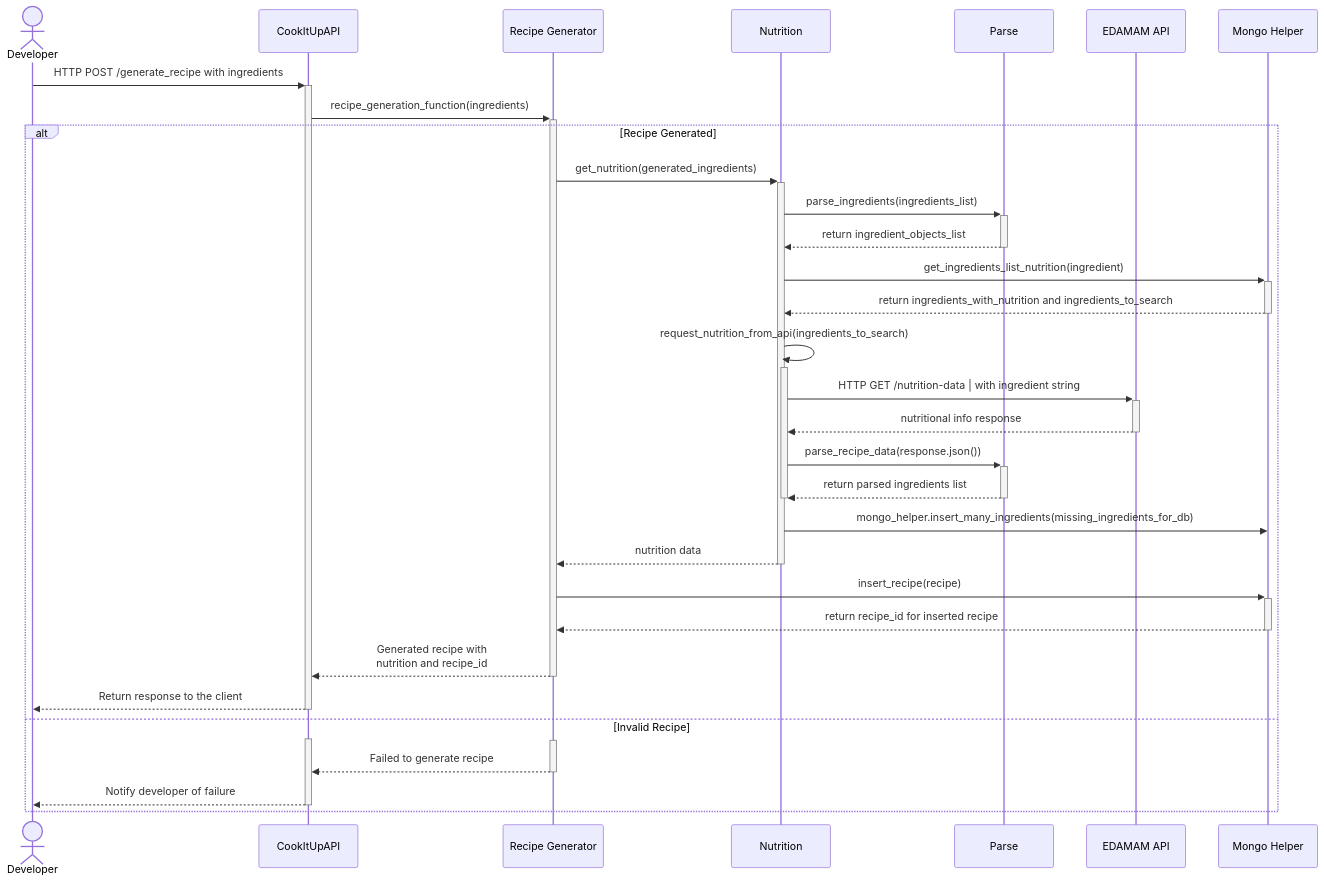
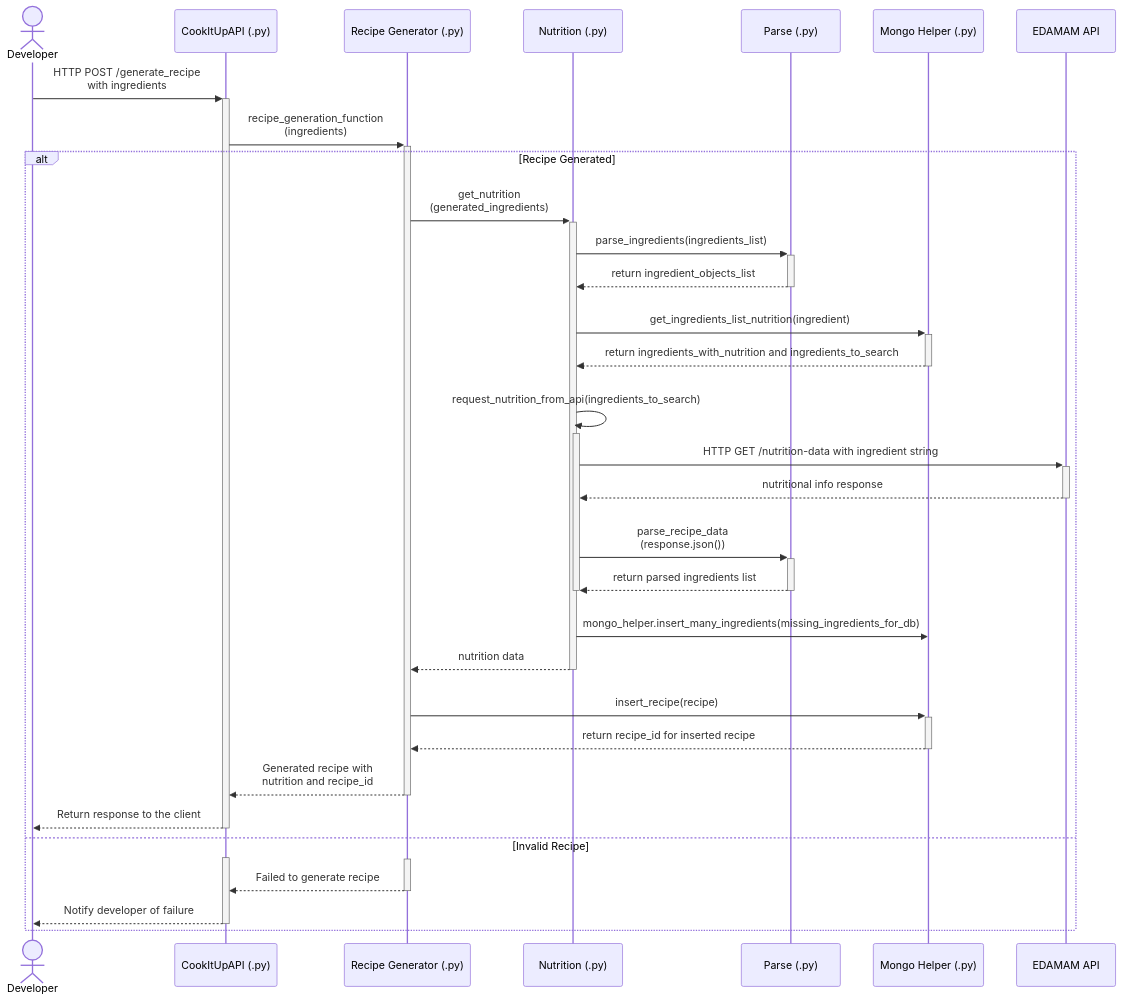
The diagram in diagrams/sequence_recipe_gen.mmd (Suraj-09/CookItUpAPI), drawn with Mermaid before and after one commit. The commit also changed 5 other files, not shown here.

```diff
--- a/diagrams/sequence_recipe_gen.mmd
+++ b/diagrams/sequence_recipe_gen.mmd
@@ -1,43 +1,43 @@
 sequenceDiagram
     actor dev as Developer
-    participant api as CookItUpAPI
-    participant recipe_gen as Recipe Generator
-    participant nutrition as Nutrition
-    participant extract as Parse
+    participant api as CookItUpAPI (.py)
+    participant recipe_gen as Recipe Generator (.py)
+    participant nutrition as Nutrition (.py)
+    participant extract as Parse (.py)
+    participant mongo_helper as Mongo Helper (.py)
     participant edamam as EDAMAM API
-    
-    participant mongo_helper as Mongo Helper
 
-    dev->>+api: HTTP POST /generate_recipe with ingredients
-    api->>+recipe_gen: recipe_generation_function(ingredients)
+
+    dev->>+api: HTTP POST /generate_recipe <br> with ingredients
+    api->>+recipe_gen: recipe_generation_function<br>(ingredients)
     alt Recipe Generated
-        recipe_gen->>+nutrition: get_nutrition(generated_ingredients)
+        recipe_gen->>+nutrition: get_nutrition<br>(generated_ingredients)
         
         nutrition->>+extract: parse_ingredients(ingredients_list)
         extract-->>-nutrition: return ingredient_objects_list
         
-        nutrition->>+mongo_helper: get_ingredients_list_nutrition(ingredient)
+        nutrition->>+mongo_helper: <br>get_ingredients_list_nutrition(ingredient)
         mongo_helper-->>-nutrition: return ingredients_with_nutrition and ingredients_to_search
         
-        nutrition->>nutrition: request_nutrition_from_api(ingredients_to_search)
+        nutrition->>nutrition: <br>request_nutrition_from_api(ingredients_to_search)
         activate nutrition
-        nutrition->>+edamam: HTTP GET /nutrition-data | with ingredient string
+        nutrition->>+edamam: HTTP GET /nutrition-data with ingredient string
         edamam-->>-nutrition: nutritional info response
-        nutrition->>+extract: parse_recipe_data(response.json())
+        nutrition->>+extract: <br>parse_recipe_data<br>(response.json())
         extract-->>-nutrition: return parsed ingredients list
         deactivate nutrition
 
-        nutrition->>mongo_helper: mongo_helper.insert_many_ingredients(missing_ingredients_for_db)
+        nutrition->>mongo_helper: <br>mongo_helper.insert_many_ingredients(missing_ingredients_for_db)
         nutrition-->>-recipe_gen: nutrition data
-        recipe_gen->>+mongo_helper: insert_recipe(recipe)
+        recipe_gen->>+mongo_helper: <br>insert_recipe(recipe)
         mongo_helper-->>-recipe_gen: return recipe_id for inserted recipe
         recipe_gen-->>-api: Generated recipe with<br>nutrition and recipe_id
         api-->>-dev: Return response to the client
     else Invalid Recipe
         activate api
         activate recipe_gen
         recipe_gen-->>api: Failed to generate recipe
         deactivate recipe_gen
         api-->>dev: Notify developer of failure
         deactivate api
     end
```
